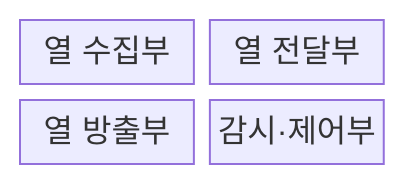
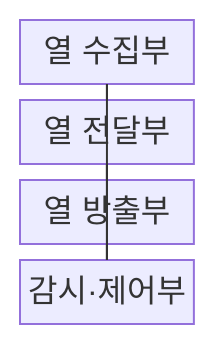
The first of 2 diagrams in src/content/docs/notes/02-hardware/057_cooling_system.md (agnusdei1207/knowledge-base), drawn with Mermaid before and after one commit. The commit also changed other lines of this file and 20 other files, not shown here.

````diff
--- a/src/content/docs/notes/02-hardware/057_cooling_system.md
+++ b/src/content/docs/notes/02-hardware/057_cooling_system.md
@@ -49,8 +55,13 @@
 ```mermaid
-block-beta
-  columns 2
+block
+  columns 1
   A["열 수집부"]
   B["열 전달부"]
   C["열 방출부"]
   D["감시·제어부"]
+  A --- B
+  B --- C
+  D --- A
+  D --- B
+  D --- C
 ```
````
